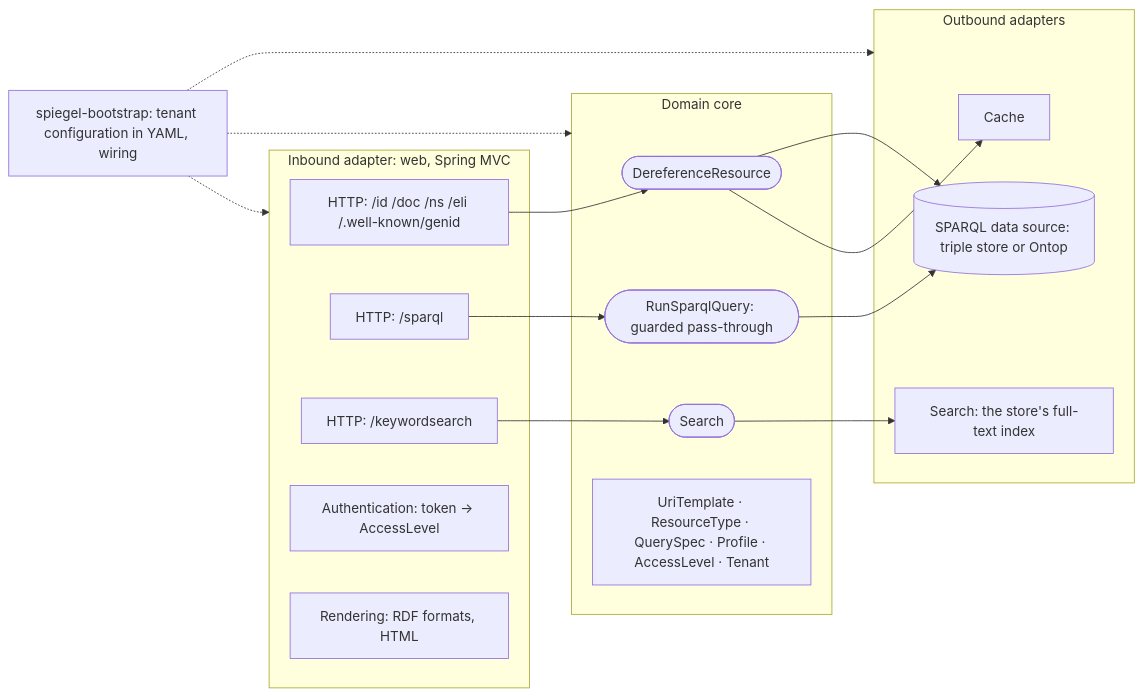
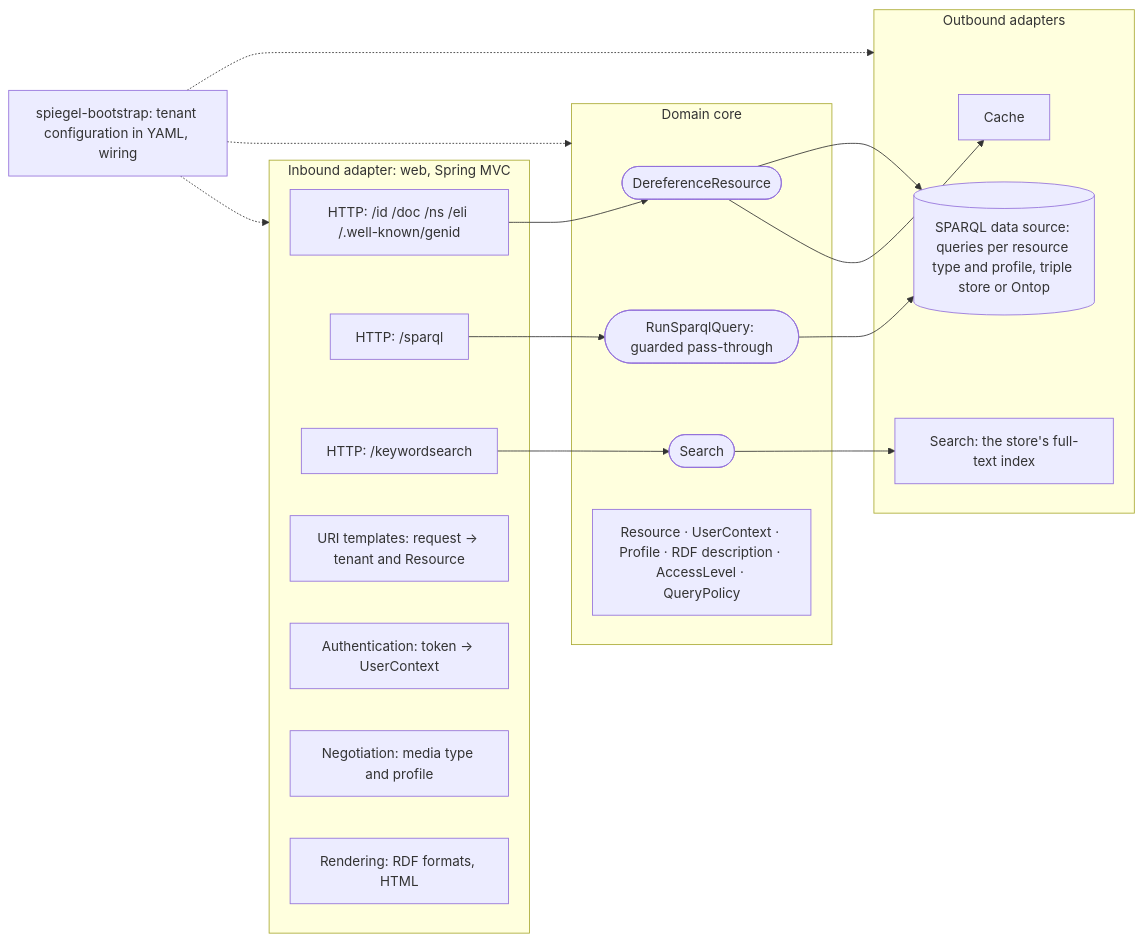
The second of 2 diagrams in docs/analysis/05-architecture/hexagonal-design.md (milieuinfo/SPieGeL), drawn with Mermaid before and after one commit. The commit also changed other lines of this file and 8 other files, not shown here.

````diff
--- a/docs/analysis/05-architecture/hexagonal-design.md
+++ b/docs/analysis/05-architecture/hexagonal-design.md
@@ -36,31 +36,33 @@
 ```mermaid
 flowchart LR
     subgraph inbound [Inbound adapter: web, Spring MVC]
         WEB[HTTP: /id /doc /ns /eli /.well-known/genid]
         SPQ[HTTP: /sparql]
         SRCH[HTTP: /keywordsearch]
-        AUTH[Authentication: token → AccessLevel]
+        TPL[URI templates: request → tenant and Resource]
+        AUTH[Authentication: token → UserContext]
+        NEG[Negotiation: media type and profile]
         REN[Rendering: RDF formats, HTML]
     end
     subgraph core [Domain core]
         UC1([DereferenceResource])
         UC2([RunSparqlQuery: guarded pass-through])
         UC3([Search])
-        M[UriTemplate · ResourceType · QuerySpec · Profile · AccessLevel · Tenant]
+        M[Resource · UserContext · Profile · RDF description · AccessLevel · QueryPolicy]
     end
     subgraph outbound [Outbound adapters]
         CACHE[Cache]
-        DS[(SPARQL data source: triple store or Ontop)]
+        DS[(SPARQL data source: queries per resource type and profile, triple store or Ontop)]
         SI[Search: the store's full-text index]
     end
     BOOT[spiegel-bootstrap: tenant configuration in YAML, wiring] -.-> inbound
     BOOT -.-> core
     BOOT -.-> outbound
     WEB --> UC1
     SPQ --> UC2
     SRCH --> UC3
     UC1 --> CACHE
     UC1 --> DS
     UC2 --> DS
     UC3 --> SI
 ```
````
